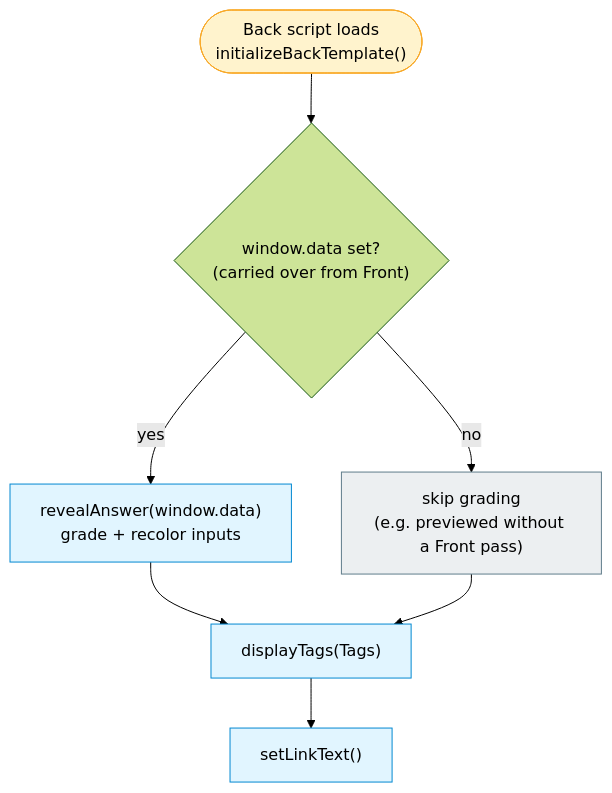
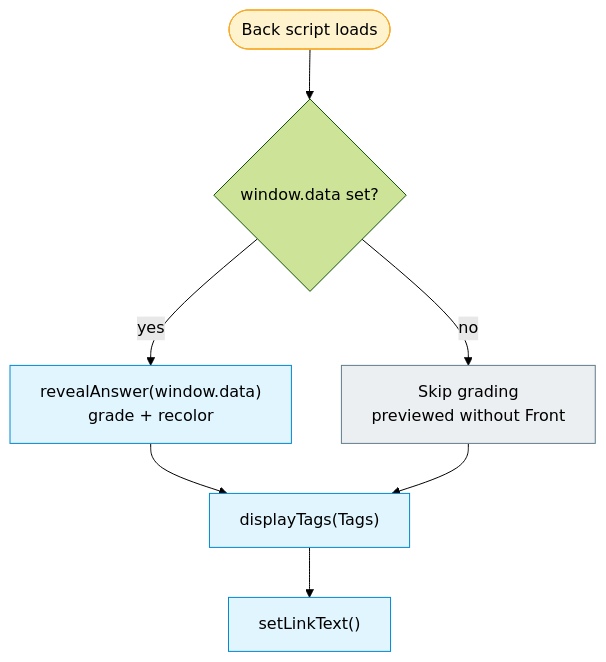
Before and after one commit to muhsinali/anki_templates: the second of 2 diagrams in documentation/architecture-diagrams/06-card-lifecycles.md, drawn with Mermaid (forest theme). The commit also changed other lines of this file and 16 other files, not shown here.

````diff
--- a/documentation/architecture-diagrams/06-card-lifecycles.md
+++ b/documentation/architecture-diagrams/06-card-lifecycles.md
@@ -48,16 +67,27 @@
 ```mermaid
 flowchart TB
-    B0(["Back script loads<br/>initializeBackTemplate()"]) --> B1{"window.data set?<br/>(carried over from Front)"}
-    B1 -->|yes| B2["revealAnswer(window.data)<br/>grade + recolor inputs"]
-    B1 -->|no| B3["skip grading<br/>(e.g. previewed without a Front pass)"]
-    B2 --> B4["displayTags(Tags)"]
-    B3 --> B4
-    B4 --> B5["setLinkText()"]
+    back_load(["Back script loads"])
+    has_data{"window.data set?"}
+    grade_answers["revealAnswer(window.data)<br/>grade + recolor"]
+    skip_grading["Skip grading<br/>previewed without Front"]
+    display_tags["displayTags(Tags)"]
+    set_link["setLinkText()"]
+
+    %% Grade only when the Front card saved learner input.
+    back_load --> has_data
+    has_data -->|yes| grade_answers
+    has_data -->|no| skip_grading
+
+    %% Shared chrome renders in both paths.
+    grade_answers --> display_tags
+    skip_grading --> display_tags
+    display_tags --> set_link
 
     classDef entry fill:#fff3cd,stroke:#f9a825,color:#000;
-    classDef proc fill:#e1f5ff,stroke:#0288d1,color:#000;
+    classDef process fill:#e1f5ff,stroke:#0288d1,color:#000;
     classDef branch fill:#eceff1,stroke:#607d8b,color:#000;
-    class B0 entry;
-    class B2,B4,B5 proc;
-    class B3 branch;
+
+    class back_load entry;
+    class grade_answers,display_tags,set_link process;
+    class skip_grading branch;
 ```
````
